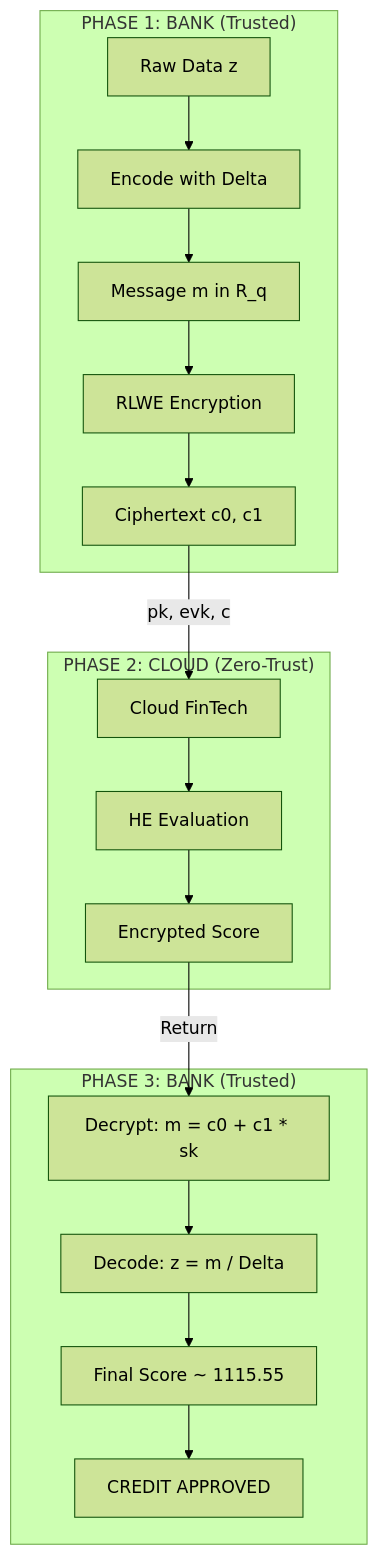
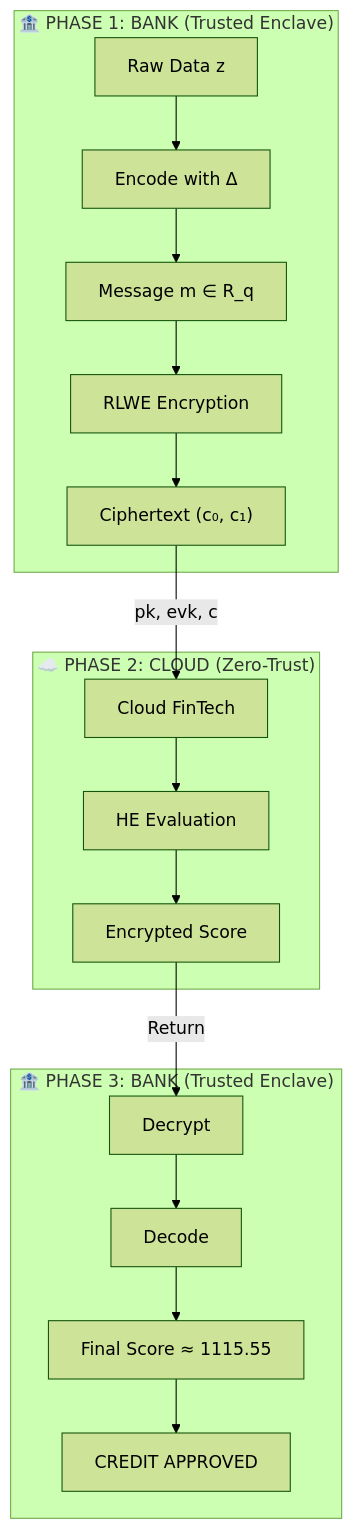
Before and after one commit to mohammedkehal/Projet_Crypto_FHE_CKKS: the diagram in README.md, drawn with Mermaid (forest theme). The commit also changed other lines of this file, not shown here.

Commit message:
Revise architecture flow diagram in README
Updated architecture flow diagram in README to use flowchart syntax and added phase labels.

````diff
--- a/README.md
+++ b/README.md
@@ -73,37 +74,51 @@
 ```mermaid
-graph TD
-    A[Raw Data z] --> B[Encode with Delta]
-    B --> C[Message m in R_q]
-    C --> D[RLWE Encryption]
-    D --> E[Ciphertext c0, c1]
-    
-    E -->|pk, evk, c| F[Cloud FinTech]
-    F --> G[HE Evaluation]
-    G --> H[Encrypted Score]
-    
-    H -->|Return| I[Decrypt: m = c0 + c1 * sk]
-    I --> J[Decode: z = m / Delta]
-    J --> K[Final Score ~ 1115.55]
-    K --> L[CREDIT APPROVED]
-    
-    subgraph P1 ["PHASE 1: BANK (Trusted)"]
-        A
-        B
-        C
-        D
-        E
+flowchart TD
+
+    %% =========================
+    %% PHASE 1: BANK
+    %% =========================
+    subgraph P1["🏦 PHASE 1: BANK (Trusted Enclave)"]
+        A["Raw Data z"]
+        B["Encode with Δ"]
+        C["Message m ∈ R_q"]
+        D["RLWE Encryption"]
+        E["Ciphertext (c₀, c₁)"]
+
+        A --> B
+        B --> C
+        C --> D
+        D --> E
     end
-    
-    subgraph P2 ["PHASE 2: CLOUD (Zero-Trust)"]
-        F
-        G
-        H
+
+    %% =========================
+    %% PHASE 2: CLOUD
+    %% =========================
+    subgraph P2["☁️ PHASE 2: CLOUD (Zero-Trust)"]
+        F["Cloud FinTech"]
+        G["HE Evaluation"]
+        H["Encrypted Score"]
+
+        F --> G
+        G --> H
     end
-    
-    subgraph P3 ["PHASE 3: BANK (Trusted)"]
-        I
-        J
-        K
-        L
+
+    %% =========================
+    %% PHASE 3: BANK
+    %% =========================
+    subgraph P3["🏦 PHASE 3: BANK (Trusted Enclave)"]
+        I["Decrypt"]
+        J["Decode"]
+        K["Final Score ≈ 1115.55"]
+        L["CREDIT APPROVED"]
+
+        I --> J
+        J --> K
+        K --> L
     end
+
+    %% =========================
+    %% CROSS-PHASE FLOWS
+    %% =========================
+    E -->|"pk, evk, c"| F
+    H -->|"Return"| I
 ```
````
